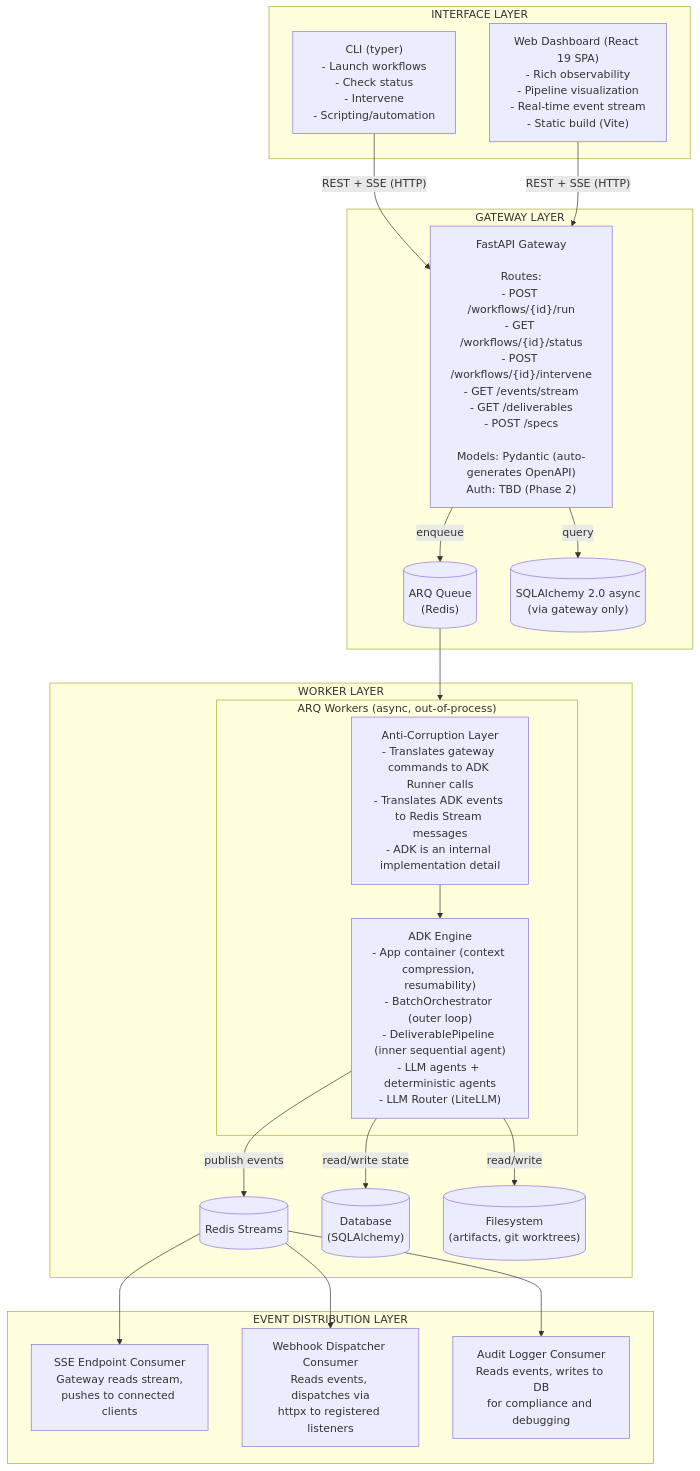
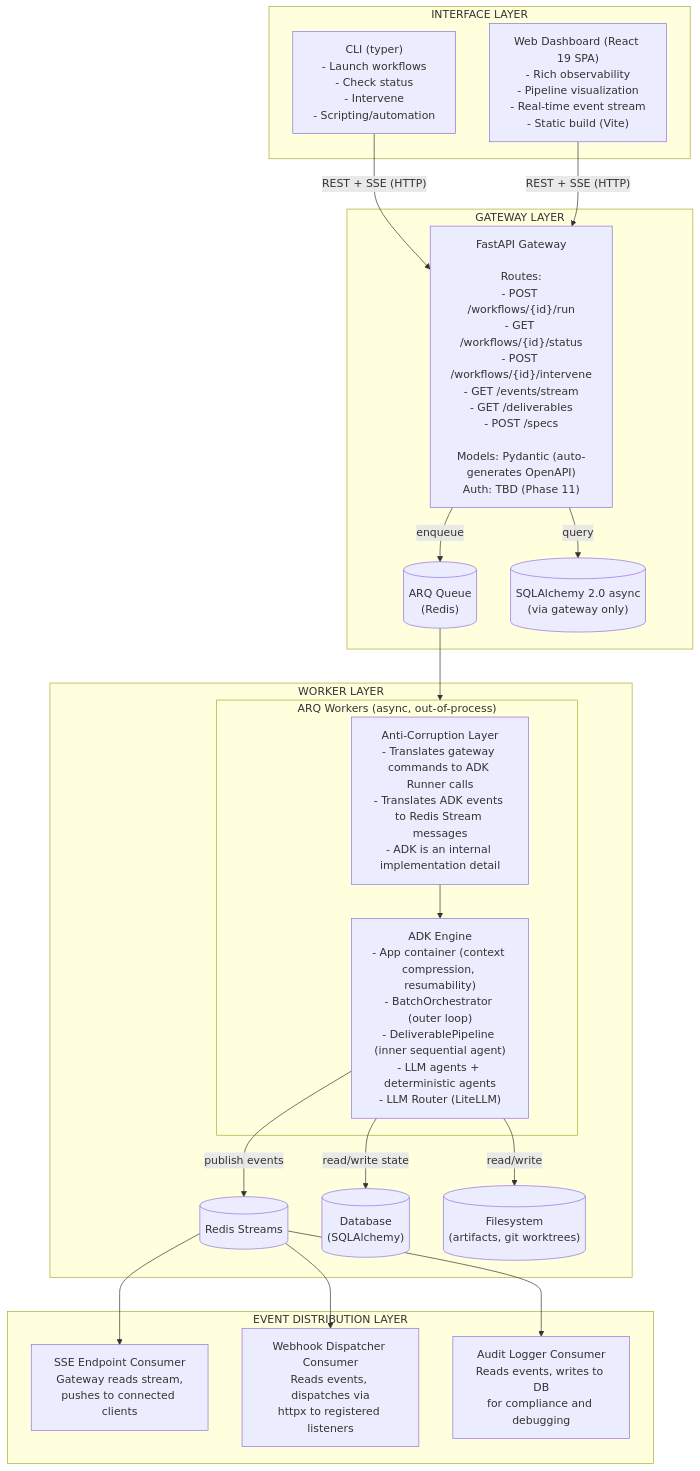
Before and after one commit to BechtelR/AutoBuilder: the first of 5 diagrams in .dev/02-ARCHITECTURE.md, drawn with Mermaid. The commit also changed 13 other files, not shown here.

Commit message:
docs: Phase-2; Gateway + Infrastructure

````diff
--- a/.dev/02-ARCHITECTURE.md
+++ b/.dev/02-ARCHITECTURE.md
@@ -21,39 +21,39 @@
 ```mermaid
 flowchart TB
     subgraph INTERFACE["INTERFACE LAYER"]
         CLI["CLI (typer)\n- Launch workflows\n- Check status\n- Intervene\n- Scripting/automation"]
         Dashboard["Web Dashboard (React 19 SPA)\n- Rich observability\n- Pipeline visualization\n- Real-time event stream\n- Static build (Vite)"]
     end
 
     subgraph GATEWAY["GATEWAY LAYER"]
-        FastAPI["FastAPI Gateway\n\nRoutes:\n- POST /workflows/{id}/run\n- GET /workflows/{id}/status\n- POST /workflows/{id}/intervene\n- GET /events/stream\n- GET /deliverables\n- POST /specs\n\nModels: Pydantic (auto-generates OpenAPI)\nAuth: TBD (Phase 2)"]
+        FastAPI["FastAPI Gateway\n\nRoutes:\n- POST /workflows/{id}/run\n- GET /workflows/{id}/status\n- POST /workflows/{id}/intervene\n- GET /events/stream\n- GET /deliverables\n- POST /specs\n\nModels: Pydantic (auto-generates OpenAPI)\nAuth: TBD (Phase 11)"]
         ARQ[("ARQ Queue\n(Redis)")]
         DB[("SQLAlchemy 2.0 async\n(via gateway only)")]
     end
 
     subgraph WORKER["WORKER LAYER"]
         subgraph ARQWorkers["ARQ Workers (async, out-of-process)"]
             ACL["Anti-Corruption Layer\n- Translates gateway commands to ADK Runner calls\n- Translates ADK events to Redis Stream messages\n- ADK is an internal implementation detail"]
             ADK["ADK Engine\n- App container (context compression, resumability)\n- BatchOrchestrator (outer loop)\n- DeliverablePipeline (inner sequential agent)\n- LLM agents + deterministic agents\n- LLM Router (LiteLLM)"]
             ACL --> ADK
         end
         Streams[("Redis Streams")]
         Database[("Database\n(SQLAlchemy)")]
         Filesystem[("Filesystem\n(artifacts, git worktrees)")]
     end
 
     subgraph EVENTS["EVENT DISTRIBUTION LAYER"]
         SSE["SSE Endpoint Consumer\nGateway reads stream,\npushes to connected clients"]
         Webhook["Webhook Dispatcher Consumer\nReads events, dispatches via\nhttpx to registered listeners"]
         Audit["Audit Logger Consumer\nReads events, writes to DB\nfor compliance and debugging"]
     end
 
     CLI & Dashboard -->|"REST + SSE (HTTP)"| FastAPI
     FastAPI -->|enqueue| ARQ
     FastAPI -->|query| DB
     ARQ --> ARQWorkers
     ADK -->|publish events| Streams
     ADK -->|read/write state| Database
     ADK -->|read/write| Filesystem
     Streams --> SSE & Webhook & Audit
 ```
````
